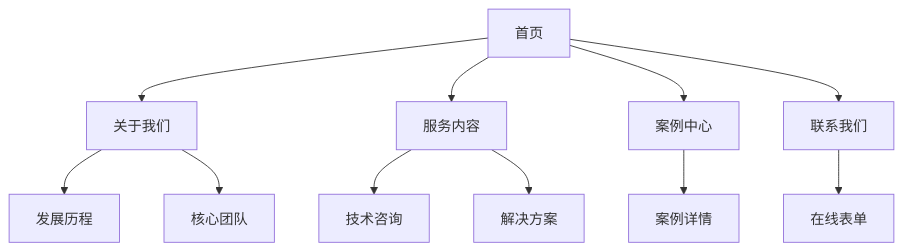
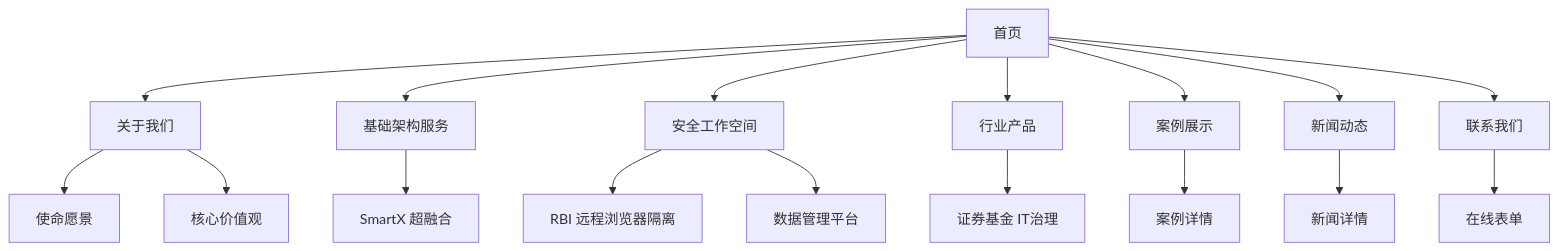
One commit to ChunshengWong/IT-company-portal changed the diagram in .trae/documents/it-service-company-prd.md. Above: the diagram before and after it, drawn with Mermaid. The commit also changed other lines of this file and 10 other files, not shown here.

````diff
--- a/.trae/documents/it-service-company-prd.md
+++ b/.trae/documents/it-service-company-prd.md
@@ -45,13 +49,24 @@
 ```mermaid
 flowchart TD
     A[首页] --> B[关于我们]
-    A --> C[服务内容]
-    A --> D[案例中心]
-    A --> E[联系我们]
-    B --> F[发展历程]
-    B --> G[核心团队]
-    C --> H[技术咨询]
-    C --> I[解决方案]
-    D --> J[案例详情]
-    E --> K[在线表单]
+    A --> C[基础架构服务]
+    A --> D[安全工作空间]
+    A --> E[行业产品]
+    A --> F[案例展示]
+    A --> G[新闻动态]
+    A --> H[联系我们]
+    
+    C --> C1[SmartX 超融合]
+    D --> D1[RBI 远程浏览器隔离]
+    D --> D2[数据管理平台]
+    E --> E1[证券基金 IT治理]
+    
+    B --> B1[使命愿景]
+    B --> B2[核心价值观]
+    
+    F --> F1[案例详情]
+    
+    G --> G1[新闻详情]
+    
+    H --> H1[在线表单]
 ```
````
